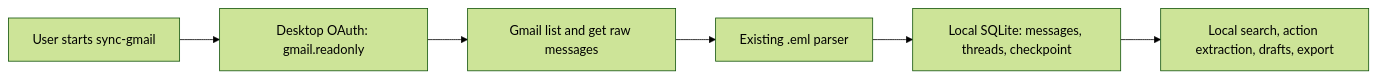
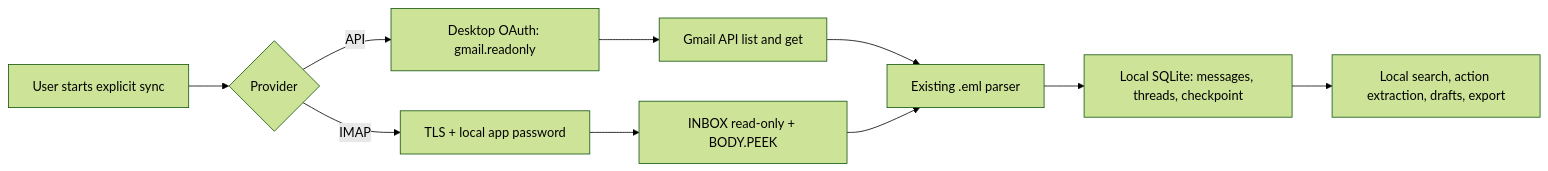
The diagram in README.md (jezannn16/inbox-autopilot), drawn with Mermaid (forest theme) before and after one commit. The commit also changed other lines of this file and 5 other files, not shown here.

````diff
--- a/README.md
+++ b/README.md
@@ -72,8 +93,12 @@
 ```mermaid
 flowchart LR
-    A[User starts sync-gmail] --> B[Desktop OAuth: gmail.readonly]
-    B --> C[Gmail list and get raw messages]
-    C --> D[Existing .eml parser]
-    D --> E[Local SQLite: messages, threads, checkpoint]
-    E --> F[Local search, action extraction, drafts, export]
+    A[User starts explicit sync] --> B{Provider}
+    B -->|API| C[Desktop OAuth: gmail.readonly]
+    B -->|IMAP| D[TLS + local app password]
+    C --> E[Gmail API list and get]
+    D --> F[INBOX read-only + BODY.PEEK]
+    E --> G[Existing .eml parser]
+    F --> G
+    G --> H[Local SQLite: messages, threads, checkpoint]
+    H --> I[Local search, action extraction, drafts, export]
 ```
````
